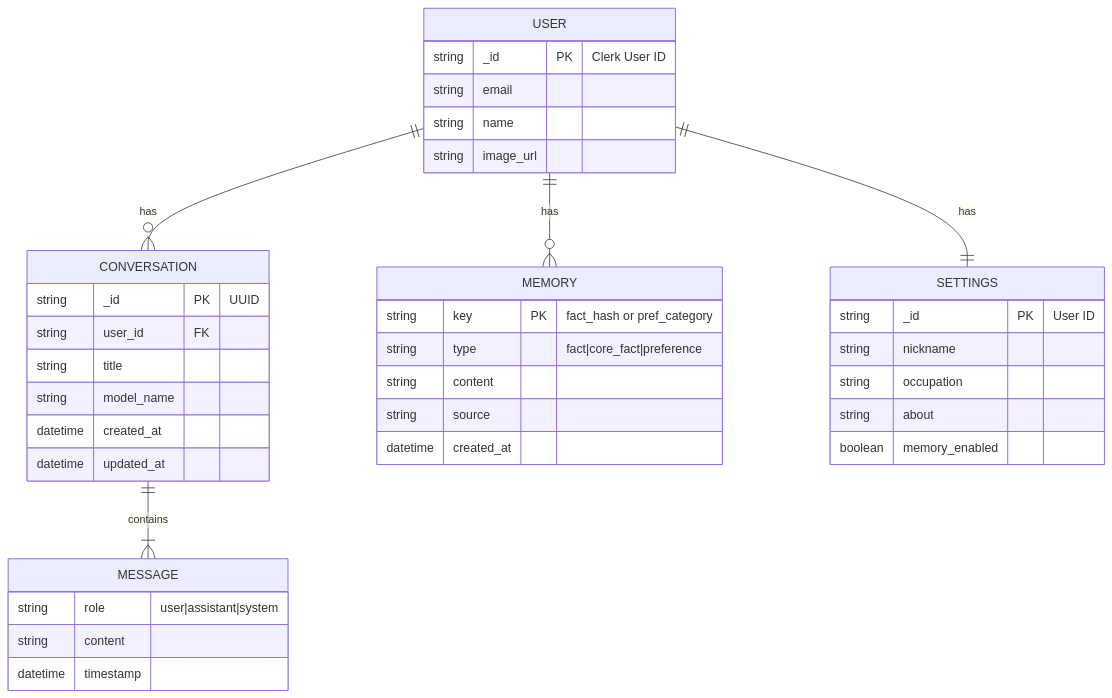
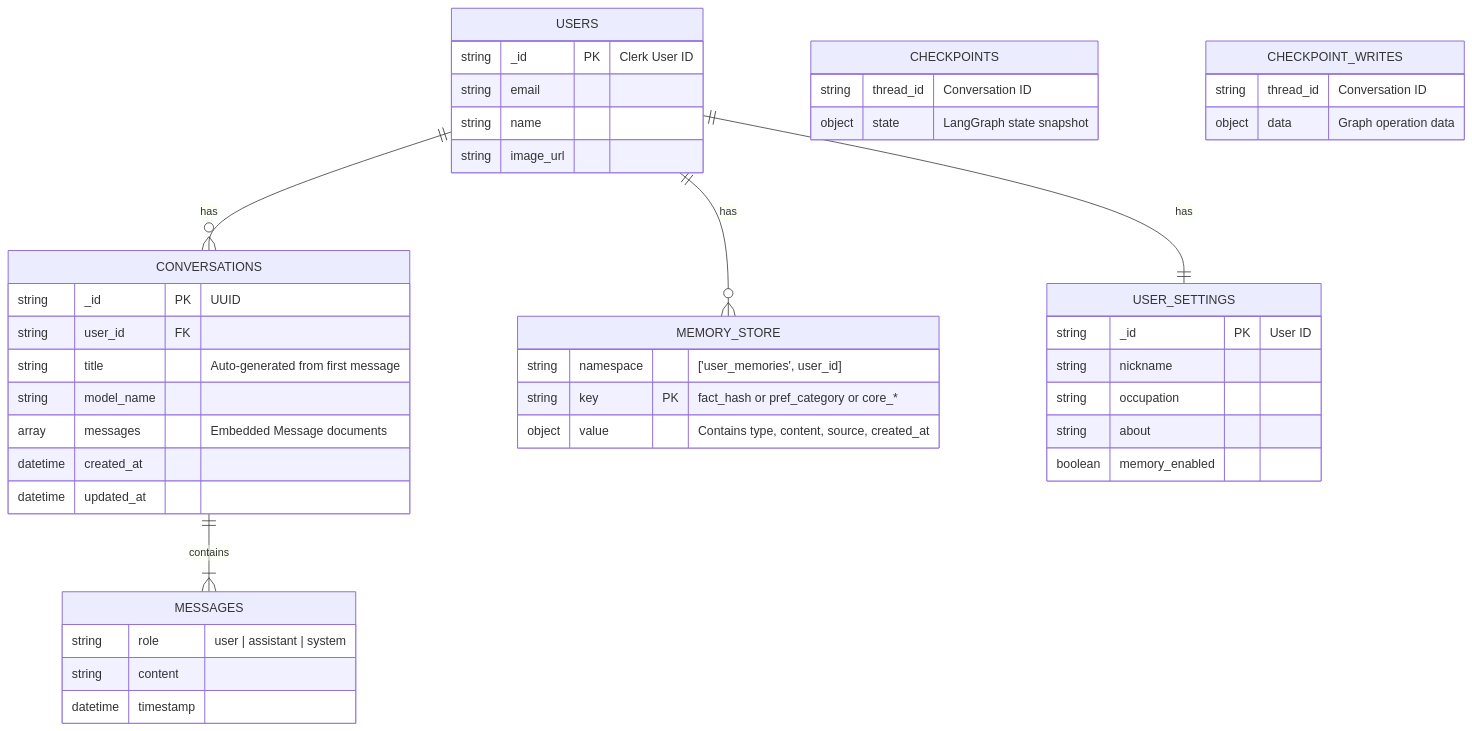
The sixth of 7 diagrams in README.md (Aafimalek/t3_chat), drawn with Mermaid before and after one commit. The commit also changed other lines of this file and 1 other file, not shown here.

````diff
--- a/README.md
+++ b/README.md
@@ -397,45 +462,54 @@
 ```mermaid
 erDiagram
-    USER ||--o{ CONVERSATION : has
-    USER ||--o{ MEMORY : has
-    USER ||--|| SETTINGS : has
-    CONVERSATION ||--|{ MESSAGE : contains
+    USERS ||--o{ CONVERSATIONS : has
+    USERS ||--o{ MEMORY_STORE : has
+    USERS ||--|| USER_SETTINGS : has
+    CONVERSATIONS ||--|{ MESSAGES : contains
 
-    USER {
+    USERS {
         string _id PK "Clerk User ID"
         string email
         string name
         string image_url
     }
 
-    CONVERSATION {
+    CONVERSATIONS {
         string _id PK "UUID"
         string user_id FK
-        string title
+        string title "Auto-generated from first message"
         string model_name
+        array messages "Embedded Message documents"
         datetime created_at
         datetime updated_at
     }
 
-    MESSAGE {
-        string role "user|assistant|system"
+    MESSAGES {
+        string role "user | assistant | system"
         string content
         datetime timestamp
     }
 
-    MEMORY {
-        string key PK "fact_hash or pref_category"
-        string type "fact|core_fact|preference"
-        string content
-        string source
-        datetime created_at
+    MEMORY_STORE {
+        string namespace "['user_memories', user_id]"
+        string key PK "fact_hash or pref_category or core_*"
+        object value "Contains type, content, source, created_at"
     }
 
-    SETTINGS {
+    USER_SETTINGS {
         string _id PK "User ID"
         string nickname
         string occupation
         string about
         boolean memory_enabled
     }
+
+    CHECKPOINTS {
+        string thread_id "Conversation ID"
+        object state "LangGraph state snapshot"
+    }
+
+    CHECKPOINT_WRITES {
+        string thread_id "Conversation ID"
+        object data "Graph operation data"
+    }
 ```
````
